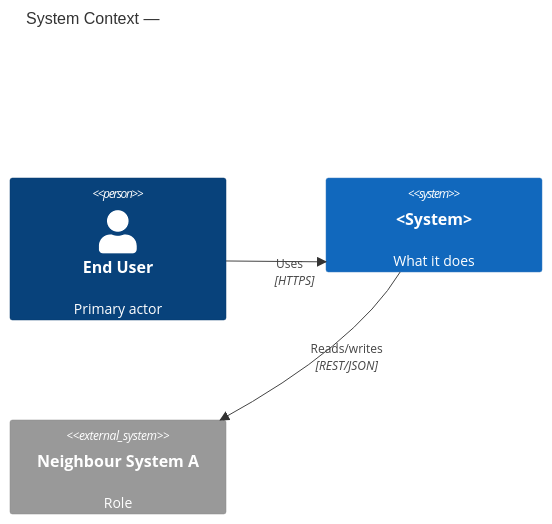
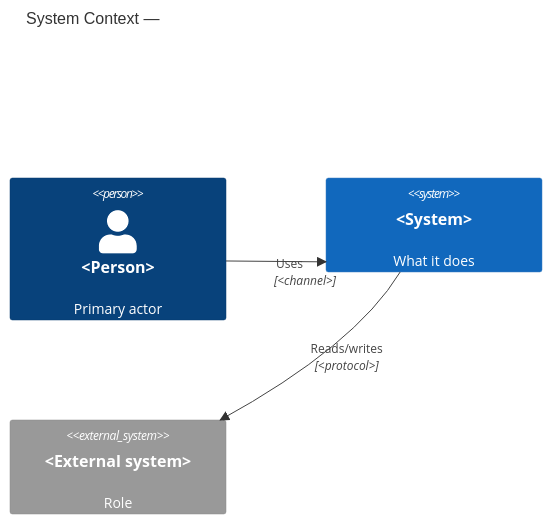
The first of 6 diagrams in plugins/agent-teams-workforce/skills/arc42-author/references/section-templates.md (mark-satterfield/toolset), drawn with Mermaid before and after one commit. The commit also changed other lines of this file and 29 other files, not shown here.

First line of the commit message:
feat(agent-teams-workforce): rewrite the arc42 skills to the architecture documentation model

````diff
--- a/plugins/agent-teams-workforce/skills/arc42-author/references/section-templates.md
+++ b/plugins/agent-teams-workforce/skills/arc42-author/references/section-templates.md
@@ -189,9 +137,9 @@
 ```mermaid
 C4Context
-  title System Context — <system name>
-  Person(user, "End User", "Primary actor")
+  title System Context — <system>
+  Person(user, "<Person>", "Primary actor")
   System(sys, "<System>", "What it does")
-  System_Ext(extA, "Neighbour System A", "Role")
-  Rel(user, sys, "Uses", "HTTPS")
-  Rel(sys, extA, "Reads/writes", "REST/JSON")
+  System_Ext(extA, "<External system>", "Role")
+  Rel(user, sys, "Uses", "<channel>")
+  Rel(sys, extA, "Reads/writes", "<protocol>")
 ```
````
